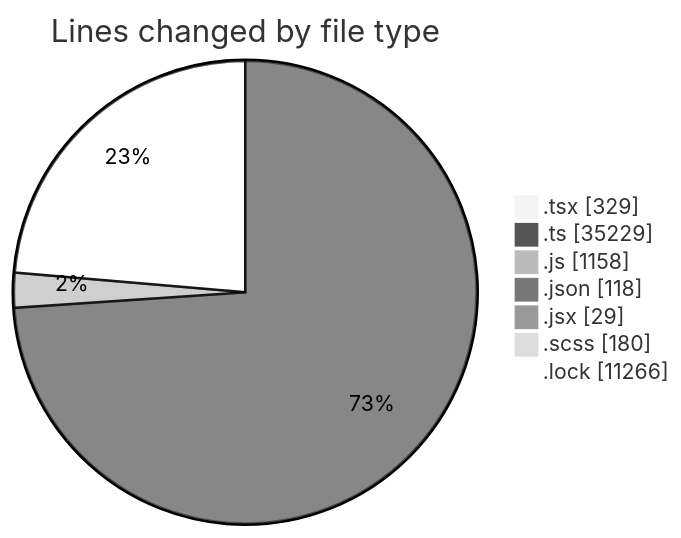
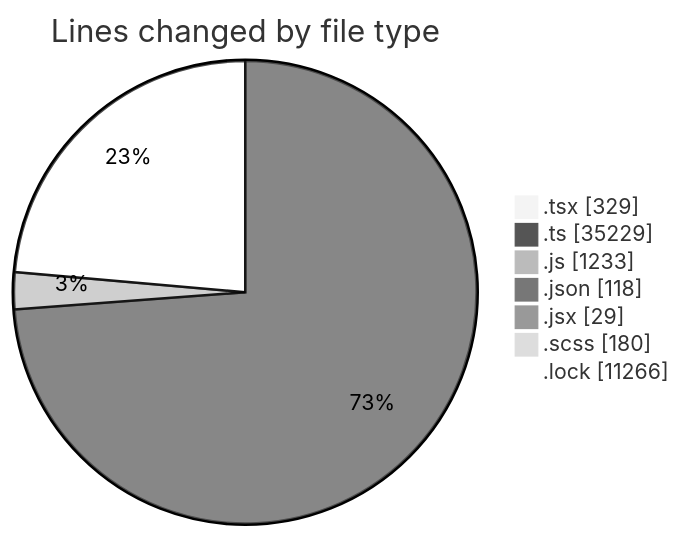
Before and after one commit to momahboobian/code-tracking: the first of 2 diagrams in 2025-12-17/cda/README.md, drawn with Mermaid (neutral theme). The commit also changed other lines of this file and 1 other file, not shown here.

````diff
--- a/2025-12-17/cda/README.md
+++ b/2025-12-17/cda/README.md
@@ -51,11 +51,11 @@
 ```mermaid
 pie showData
 title Lines changed by file type
 ".tsx" : 329
 ".ts" : 35229
-".js" : 1158
+".js" : 1233
 ".json" : 118
 ".jsx" : 29
 ".scss" : 180
 ".lock" : 11266
 ```
````
